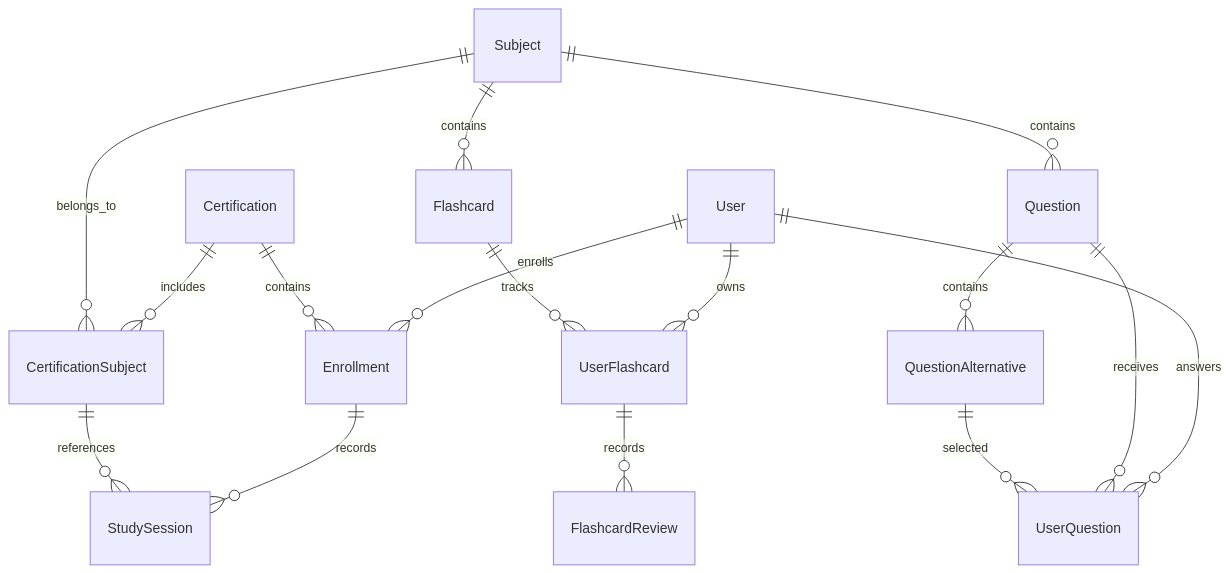
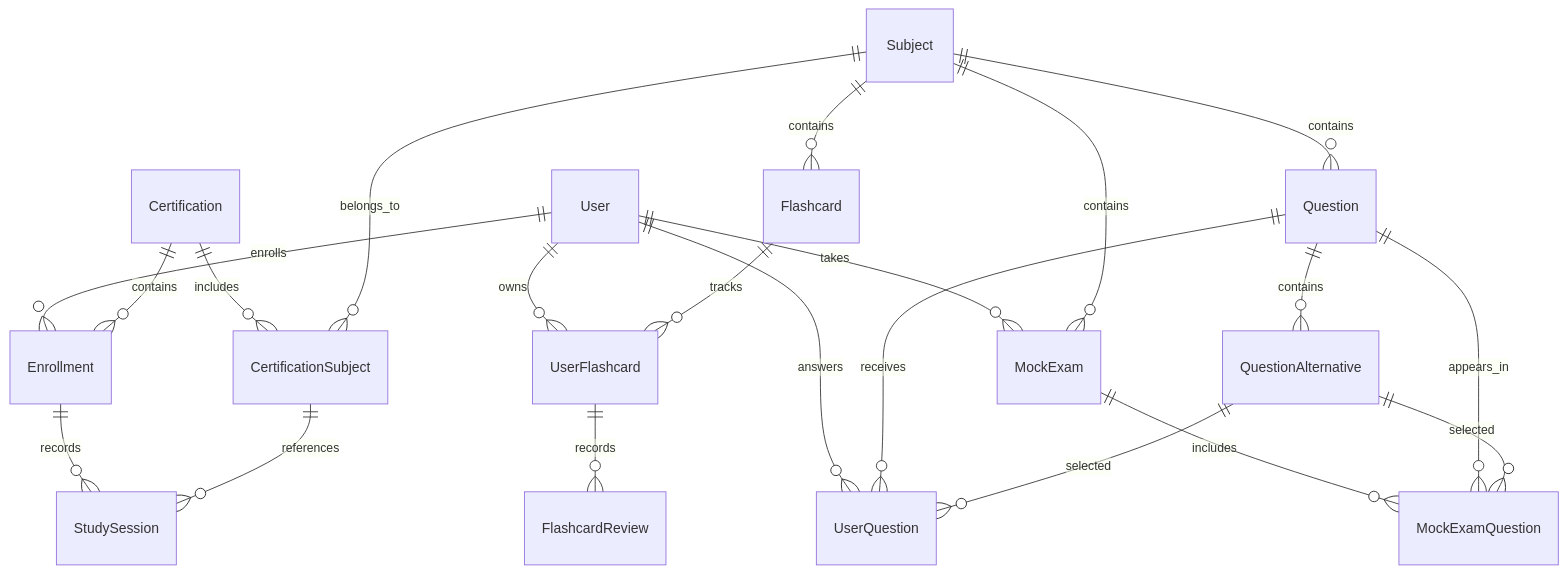
One commit to DiegoBarth/pilot-path changed the diagram in docs/architecture.md. Above: the diagram before and after it, drawn with Mermaid. The commit also changed other lines of this file and 19 other files, not shown here.

First line of the commit message:
feat(mock-exams): implement mock exam generation and evaluation flow (#21)

````diff
--- a/docs/architecture.md
+++ b/docs/architecture.md
@@ -164,33 +166,42 @@
 ```mermaid
 erDiagram
+  User ||--o{ Enrollment : enrolls
 
-    User ||--o{ Enrollment : enrolls
+  Certification ||--o{ Enrollment : contains
 
-    Certification ||--o{ Enrollment : contains
+  Certification ||--o{ CertificationSubject : includes
 
-    Certification ||--o{ CertificationSubject : includes
+  Subject ||--o{ CertificationSubject : belongs_to
 
-    Subject ||--o{ CertificationSubject : belongs_to
+  Enrollment ||--o{ StudySession : records
 
-    Enrollment ||--o{ StudySession : records
+  CertificationSubject ||--o{ StudySession : references
 
-    CertificationSubject ||--o{ StudySession : references
+  Subject ||--o{ Flashcard : contains
 
-    Subject ||--o{ Flashcard : contains
+  Subject ||--o{ Question : contains
 
-    Subject ||--o{ Question : contains
+  Question ||--o{ QuestionAlternative : contains
 
-    Question ||--o{ QuestionAlternative : contains
+  User ||--o{ UserFlashcard : owns
 
-    User ||--o{ UserFlashcard : owns
+  Flashcard ||--o{ UserFlashcard : tracks
 
-    Flashcard ||--o{ UserFlashcard : tracks
+  UserFlashcard ||--o{ FlashcardReview : records
 
-    UserFlashcard ||--o{ FlashcardReview : records
+  User ||--o{ UserQuestion : answers
 
-    User ||--o{ UserQuestion : answers
+  Question ||--o{ UserQuestion : receives
 
-    Question ||--o{ UserQuestion : receives
+  QuestionAlternative ||--o{ UserQuestion : selected
 
-    QuestionAlternative ||--o{ UserQuestion : selected
+  User ||--o{ MockExam : takes
+
+  Subject ||--o{ MockExam : contains
+
+  MockExam ||--o{ MockExamQuestion : includes
+
+  Question ||--o{ MockExamQuestion : appears_in
+
+  QuestionAlternative ||--o{ MockExamQuestion : selected
 ```
````
